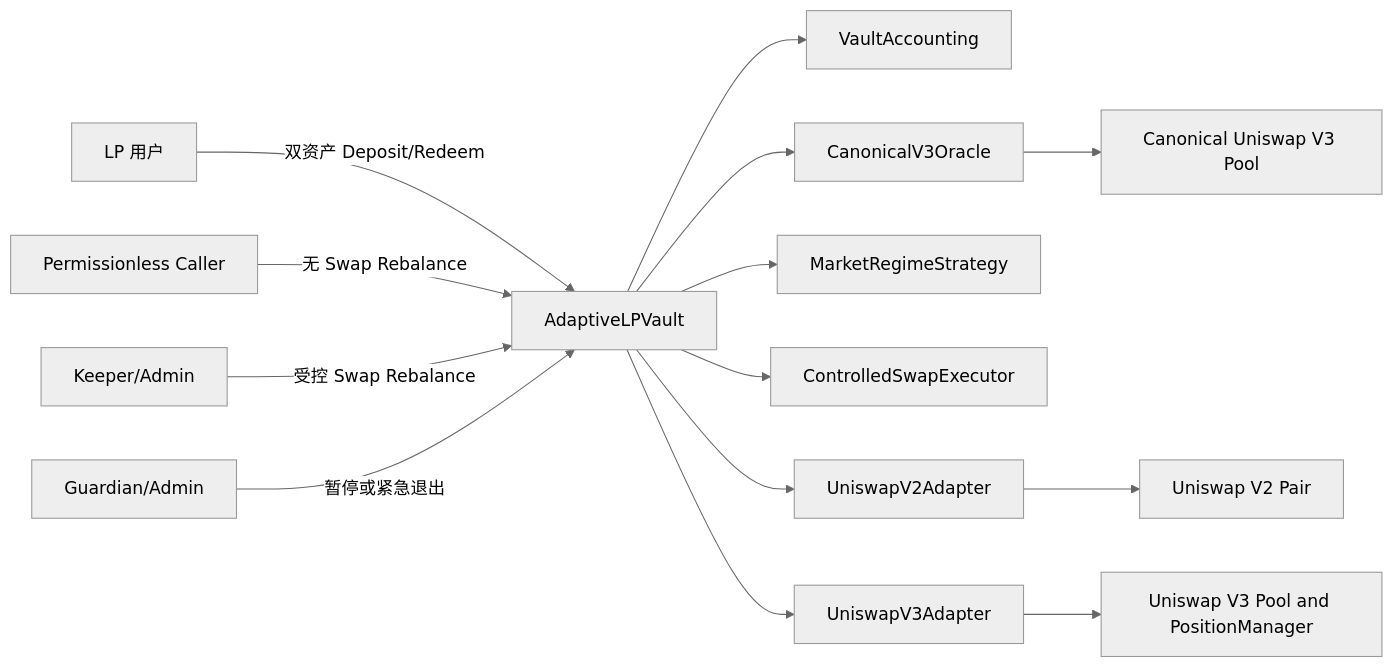
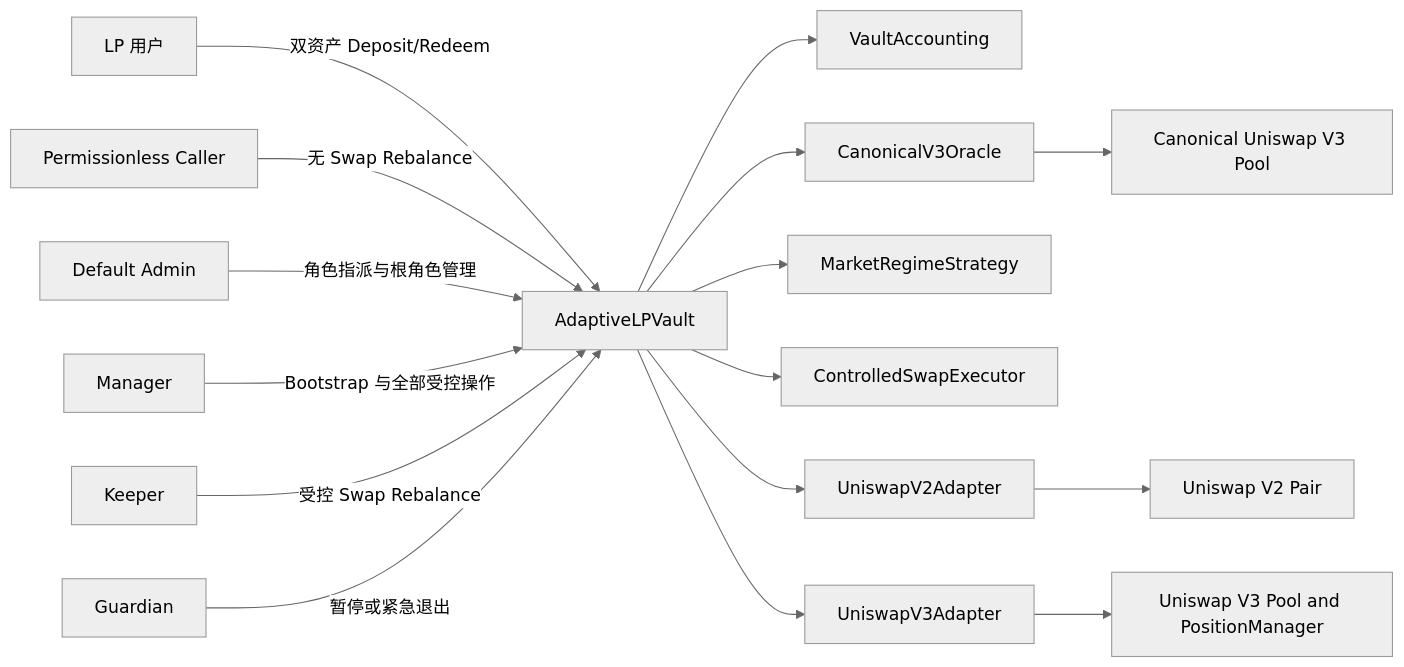
Before and after one commit to GGHansome/Adaptive-LP-Vault: the diagram in PRODUCT_SPEC.md, drawn with Mermaid (neutral theme). The commit also changed other lines of this file and 3 other files, not shown here.

````diff
--- a/PRODUCT_SPEC.md
+++ b/PRODUCT_SPEC.md
@@ -110,16 +111,18 @@
 ```mermaid
 flowchart LR
     User[LP 用户] -->|双资产 Deposit/Redeem| Vault[AdaptiveLPVault]
     Caller[Permissionless Caller] -->|无 Swap Rebalance| Vault
-    Keeper[Keeper/Admin] -->|受控 Swap Rebalance| Vault
-    Guardian[Guardian/Admin] -->|暂停或紧急退出| Vault
+    DefaultAdmin[Default Admin] -->|角色指派与根角色管理| Vault
+    Manager[Manager] -->|Bootstrap 与全部受控操作| Vault
+    Keeper[Keeper] -->|受控 Swap Rebalance| Vault
+    Guardian[Guardian] -->|暂停或紧急退出| Vault
     Vault --> Accounting[VaultAccounting]
     Vault --> Oracle[CanonicalV3Oracle]
     Vault --> Strategy[MarketRegimeStrategy]
     Vault --> Swap[ControlledSwapExecutor]
     Vault --> V2[UniswapV2Adapter]
     Vault --> V3[UniswapV3Adapter]
     V2 --> V2Pool[Uniswap V2 Pair]
     V3 --> V3Pool[Uniswap V3 Pool and PositionManager]
     Oracle --> Canonical[Canonical Uniswap V3 Pool]
 ```
````
